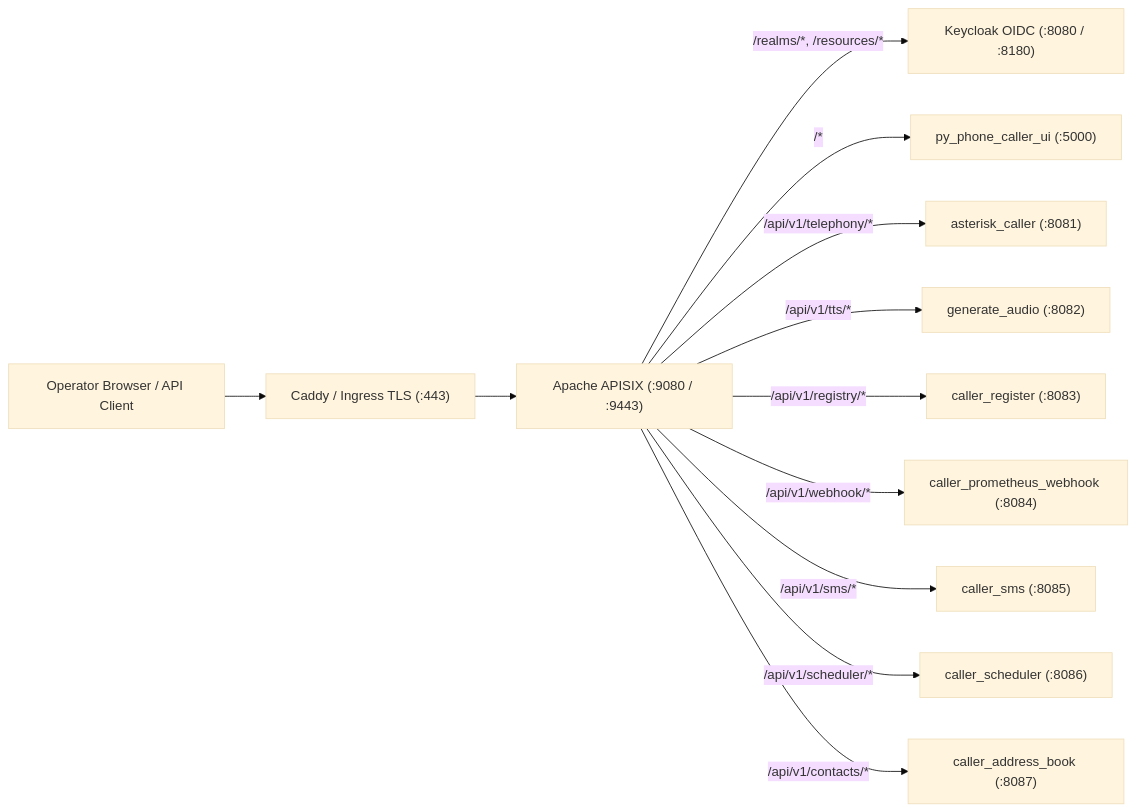
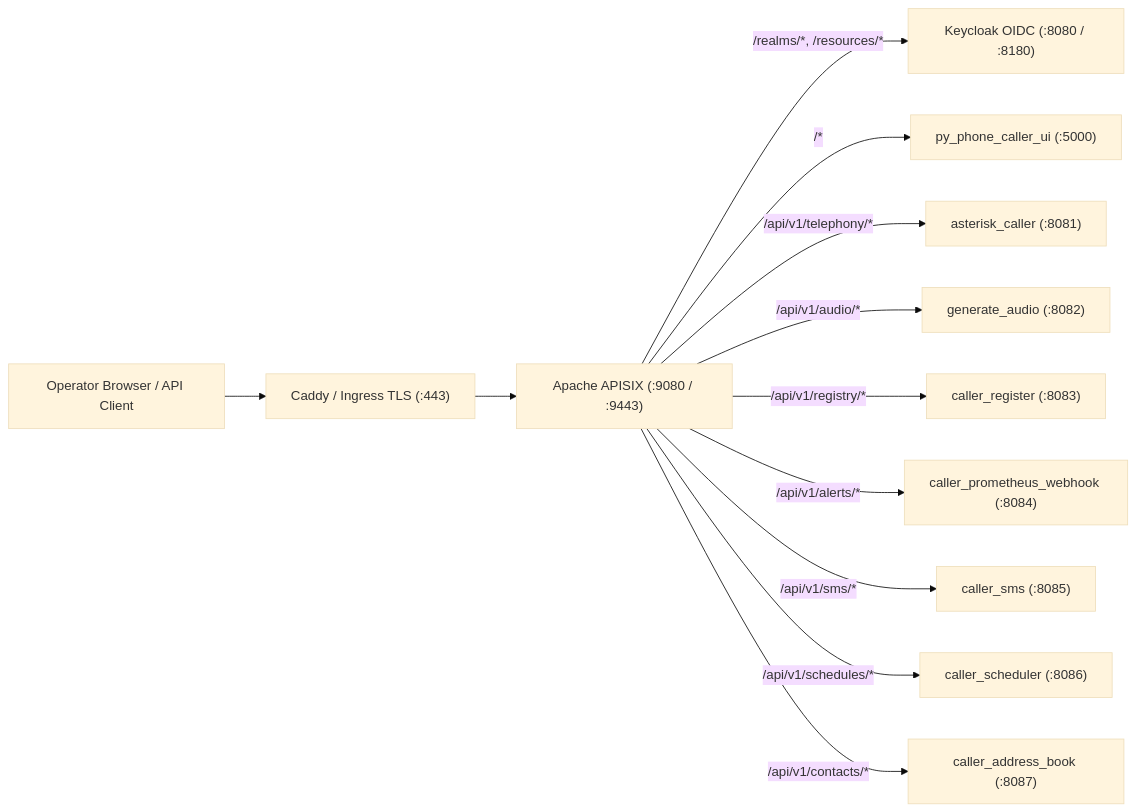
One commit to jcfdeb/py-phone-caller changed the diagram in deploy/docs/07-enterprise-gateway-and-observability.md. Above: the diagram before and after it, drawn with Mermaid (base theme). The commit also changed other lines of this file and 16 other files, not shown here.

````diff
--- a/deploy/docs/07-enterprise-gateway-and-observability.md
+++ b/deploy/docs/07-enterprise-gateway-and-observability.md
@@ -11,14 +11,14 @@
 ```mermaid
 flowchart LR
     USER["Operator Browser / API Client"] --> TLS["Caddy / Ingress TLS (:443)"]
     TLS --> APISIX["Apache APISIX (:9080 / :9443)"]
     APISIX -->|"/realms/*, /resources/*"| KC["Keycloak OIDC (:8080 / :8180)"]
     APISIX -->|"/*"| UI["py_phone_caller_ui (:5000)"]
     APISIX -->|"/api/v1/telephony/*"| AC["asterisk_caller (:8081)"]
-    APISIX -->|"/api/v1/tts/*"| GA["generate_audio (:8082)"]
+    APISIX -->|"/api/v1/audio/*"| GA["generate_audio (:8082)"]
     APISIX -->|"/api/v1/registry/*"| CR["caller_register (:8083)"]
-    APISIX -->|"/api/v1/webhook/*"| CPW["caller_prometheus_webhook (:8084)"]
+    APISIX -->|"/api/v1/alerts/*"| CPW["caller_prometheus_webhook (:8084)"]
     APISIX -->|"/api/v1/sms/*"| SMS["caller_sms (:8085)"]
-    APISIX -->|"/api/v1/scheduler/*"| SCH["caller_scheduler (:8086)"]
+    APISIX -->|"/api/v1/schedules/*"| SCH["caller_scheduler (:8086)"]
     APISIX -->|"/api/v1/contacts/*"| CAB["caller_address_book (:8087)"]
 ```
````
